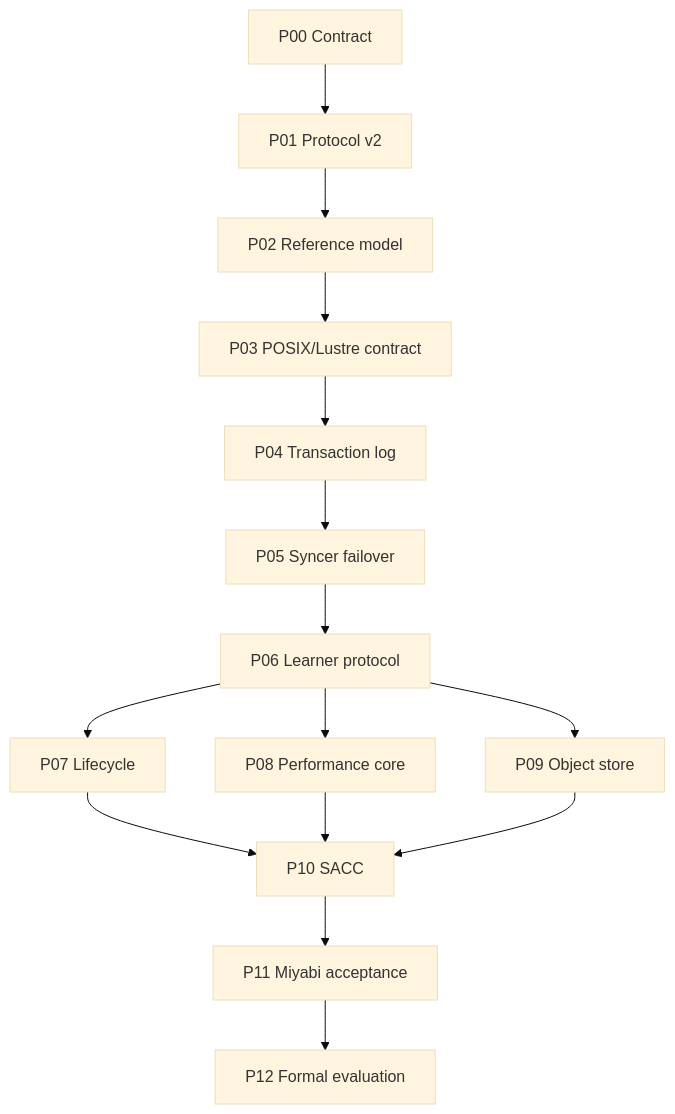
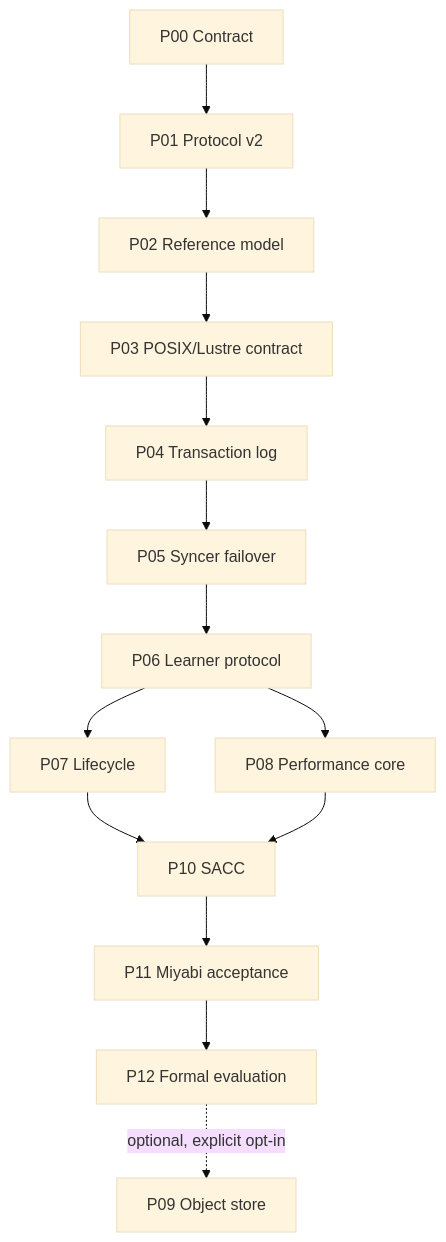
The diagram in plans/duraloco/codex/DuraLoCo_Codex_Loop_Plans/DuraLoCo_Codex_Master_Plan.md (UnbearableFate/fs_based_decoupled_diloco), drawn with Mermaid (base theme) before and after one commit. The commit also changed other lines of this file and 45 other files, not shown here.

````diff
--- a/plans/duraloco/codex/DuraLoCo_Codex_Loop_Plans/DuraLoCo_Codex_Master_Plan.md
+++ b/plans/duraloco/codex/DuraLoCo_Codex_Loop_Plans/DuraLoCo_Codex_Master_Plan.md
@@ -54,17 +54,16 @@
 ```mermaid
 graph TD
   P00[P00 Contract] --> P01[P01 Protocol v2]
   P01 --> P02[P02 Reference model]
   P02 --> P03[P03 POSIX/Lustre contract]
   P03 --> P04[P04 Transaction log]
   P04 --> P05[P05 Syncer failover]
   P05 --> P06[P06 Learner protocol]
   P06 --> P07[P07 Lifecycle]
   P06 --> P08[P08 Performance core]
-  P06 --> P09[P09 Object store]
   P07 --> P10[P10 SACC]
   P08 --> P10
-  P09 --> P10
   P10 --> P11[P11 Miyabi acceptance]
   P11 --> P12[P12 Formal evaluation]
+  P12 -. optional, explicit opt-in .-> P09[P09 Object store]
 ```
````
